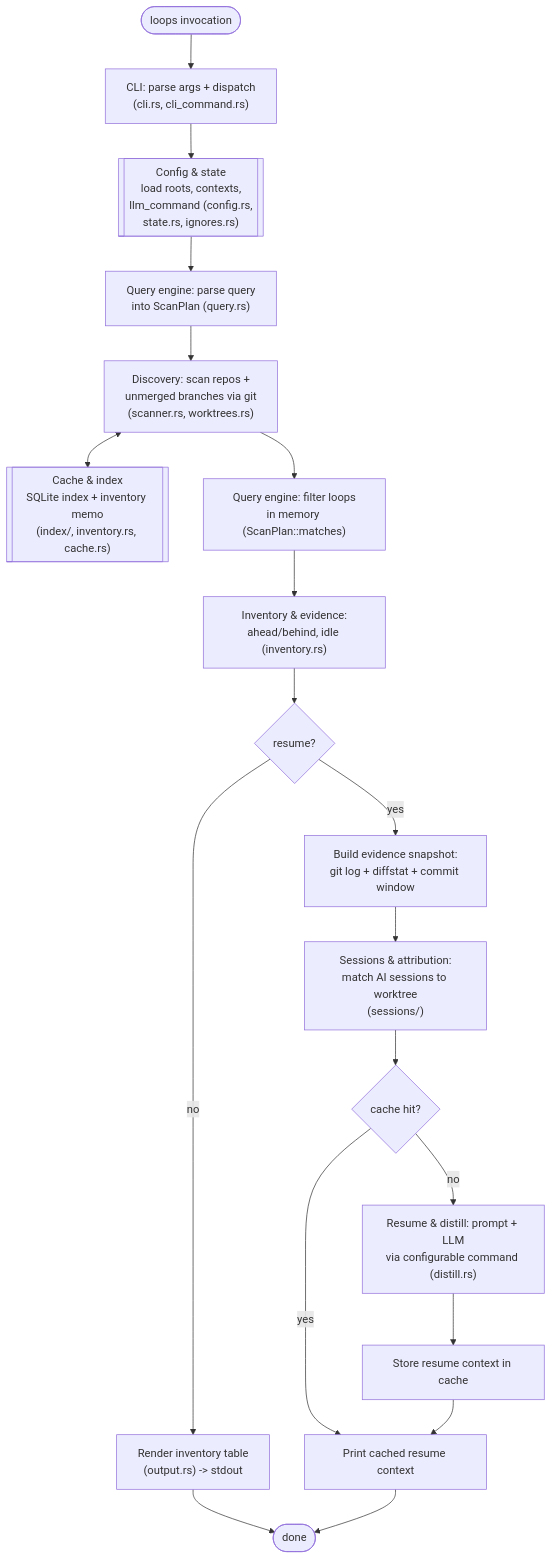
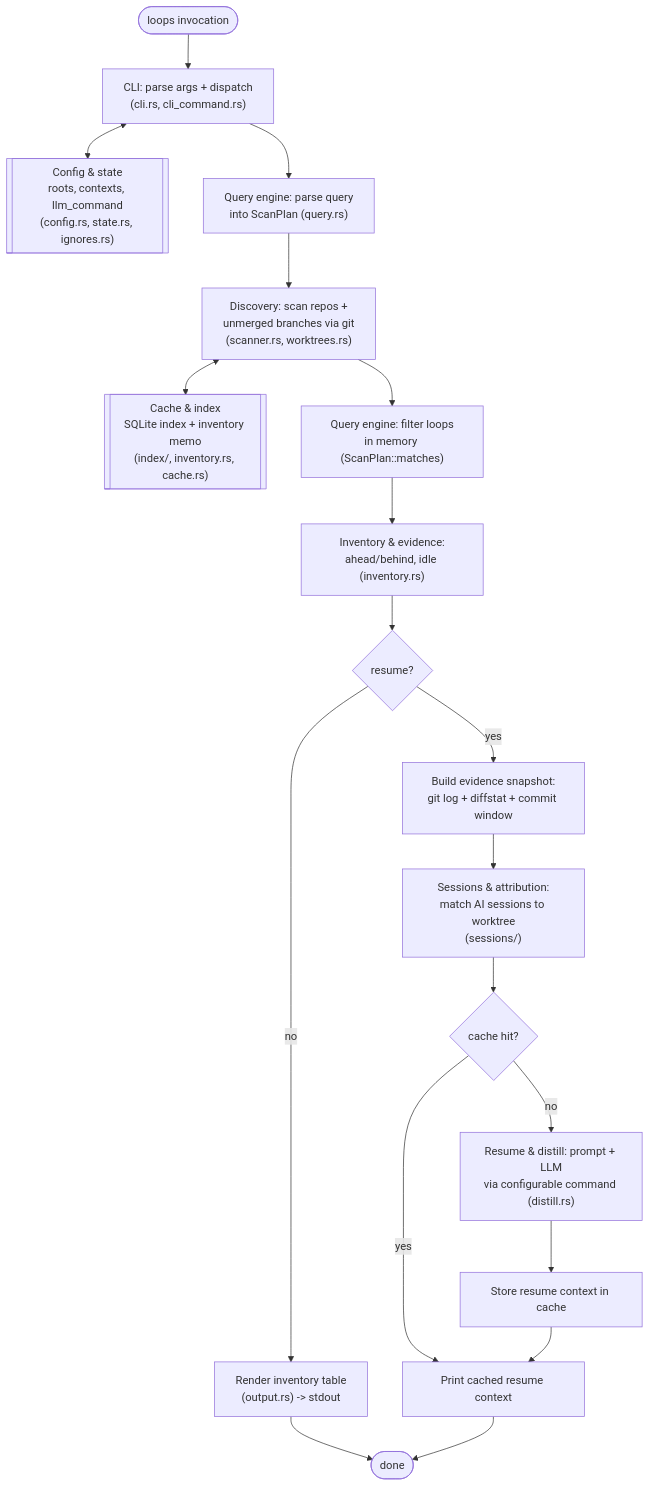
Before and after one commit to carvalhosauro/open-loops: the diagram in docs/architecture/00-overview.md, drawn with Mermaid. The commit also changed other lines of this file, not shown here.

````diff
--- a/docs/architecture/00-overview.md
+++ b/docs/architecture/00-overview.md
@@ -89,25 +89,25 @@
 ```mermaid
 flowchart TD
     start([loops invocation]) --> parse["CLI: parse args + dispatch<br/>(cli.rs, cli_command.rs)"]
-    parse --> cfg[["Config &amp; state<br/>load roots, contexts,<br/>llm_command (config.rs,<br/>state.rs, ignores.rs)"]]
-    cfg --> query["Query engine: parse query<br/>into ScanPlan (query.rs)"]
+    parse <--> cfg[["Config &amp; state<br/>roots, contexts, llm_command<br/>(config.rs, state.rs, ignores.rs)"]]
+    parse --> query["Query engine: parse query<br/>into ScanPlan (query.rs)"]
     query --> discover["Discovery: scan repos +<br/>unmerged branches via git<br/>(scanner.rs, worktrees.rs)"]
 
     discover <--> stores[["Cache &amp; index<br/>SQLite index + inventory memo<br/>(index/, inventory.rs, cache.rs)"]]
 
     discover --> filter["Query engine: filter loops<br/>in memory (ScanPlan::matches)"]
     filter --> inventory["Inventory &amp; evidence:<br/>ahead/behind, idle (inventory.rs)"]
 
     inventory --> resumeQ{resume?}
     resumeQ -->|no| table["Render inventory table<br/>(output.rs) -> stdout"]
     resumeQ -->|yes| evidence["Build evidence snapshot:<br/>git log + diffstat + commit window"]
     evidence --> attribute["Sessions &amp; attribution:<br/>match AI sessions to worktree<br/>(sessions/)"]
     attribute --> hit{cache hit?}
     hit -->|yes| emit["Print cached resume context"]
     hit -->|no| distill["Resume &amp; distill: prompt + LLM<br/>via configurable command (distill.rs)"]
     distill --> store2["Store resume context in cache"]
     store2 --> emit
 
     table --> done([done])
     emit --> done
 ```
````
